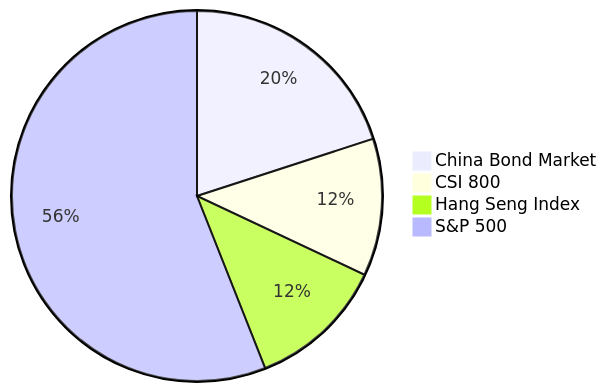
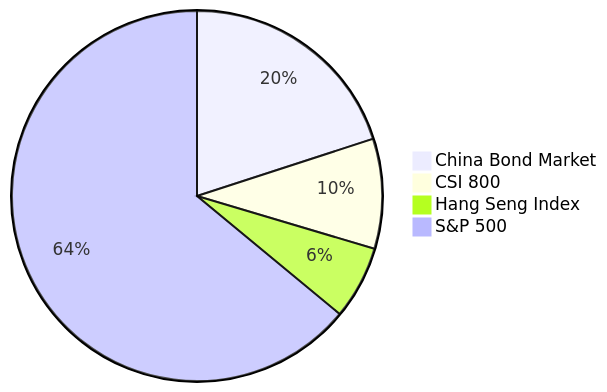
One commit to low-earth-orbit/notes changed the fourth of 5 diagrams in chinese-couch-potato.md. Above: the diagram before and after it, drawn with Mermaid. The commit also changed other lines of this file, not shown here.

````diff
--- a/chinese-couch-potato.md
+++ b/chinese-couch-potato.md
@@ -155,7 +155,7 @@
 ```mermaid
 pie
 "China Bond Market" : 20
-"CSI 800" : 12
-"Hang Seng Index" : 12
-"S&P 500" : 56
+"CSI 800" : 9.6
+"Hang Seng Index" : 6.4
+"S&P 500" : 64
 ```
````
